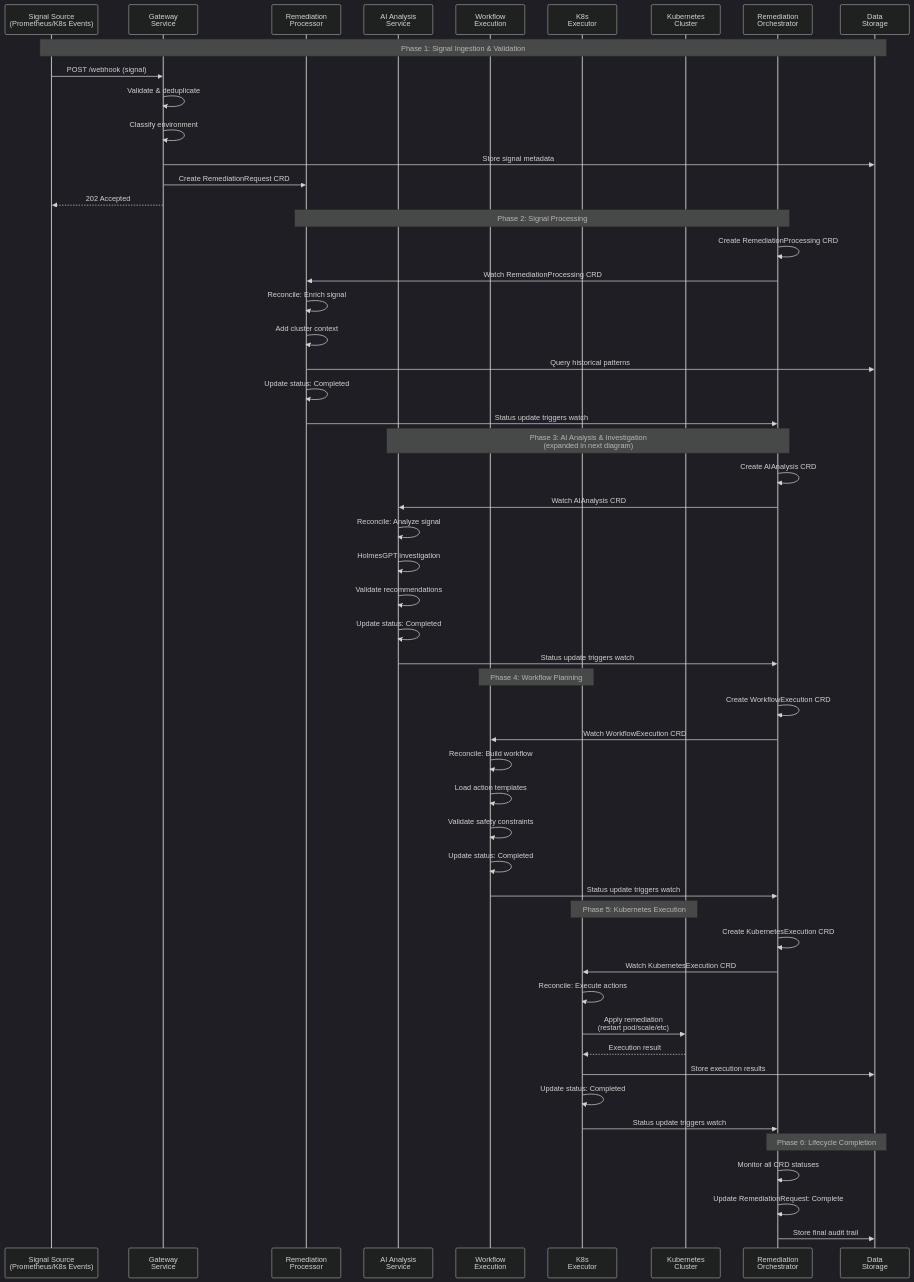
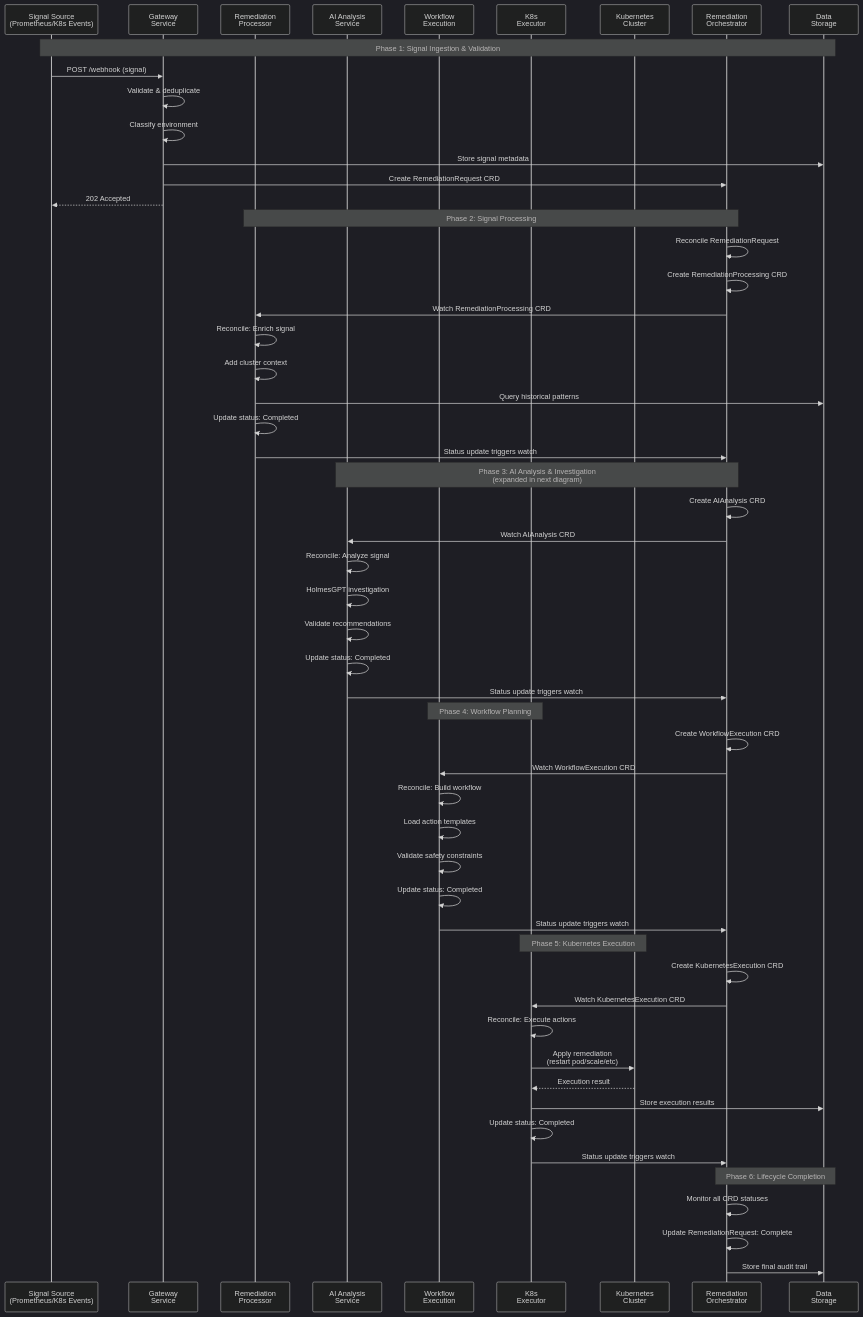
One commit to jordigilh/kubernaut changed the second of 3 diagrams in docs/architecture/APPROVED_MICROSERVICES_ARCHITECTURE.md. Above: the diagram before and after it, drawn with Mermaid (dark theme).

Commit message:
docs(architecture): Fix Gateway to Orchestrator flow in Phase 1
Corrected the signal ingestion flow to show Gateway creating RemediationRequest CRD and RemediationOrchestrator reconciling it.

BEFORE (INCORRECT):
- GW->>RP: Create RemediationRequest CRD
- ORCH->>ORCH: Create RemediationProcessing CRD

AFTER (CORRECT):
- GW->>ORCH: Create RemediationRequest CRD
- ORCH->>ORCH: Reconcile RemediationRequest
- ORCH->>ORCH: Create RemediationProcessing CRD

FLOW EXPLANATION:
1. Gateway Service creates RemediationRequest CRD
2. RemediationOrchestrator watches RemediationRequest CRDs
3. RemediationOrchestrator reconciles and creates RemediationProcessing CRD
4. RemediationProcessor controller watches RemediationProcessing CRD

This correctly shows the orchestrator as the central coordinator that creates all subsequent phase CRDs based on watching the RemediationRequest lifecycle.

Reference: docs/architecture/MULTI_CRD_RECONCILIATION_ARCHITECTURE.md lines 706-709, 867-889

````diff
--- a/docs/architecture/APPROVED_MICROSERVICES_ARCHITECTURE.md
+++ b/docs/architecture/APPROVED_MICROSERVICES_ARCHITECTURE.md
@@ -217,62 +217,63 @@
 ```mermaid
 sequenceDiagram
     participant SRC as Signal Source<br/>(Prometheus/K8s Events)
     participant GW as Gateway<br/>Service
     participant RP as Remediation<br/>Processor
     participant AI as AI Analysis<br/>Service
     participant WF as Workflow<br/>Execution
     participant EX as K8s<br/>Executor
     participant K8S as Kubernetes<br/>Cluster
     participant ORCH as Remediation<br/>Orchestrator
     participant ST as Data<br/>Storage
 
     Note over SRC,ST: Phase 1: Signal Ingestion & Validation
     SRC->>GW: POST /webhook (signal)
     GW->>GW: Validate & deduplicate
     GW->>GW: Classify environment
     GW->>ST: Store signal metadata
-    GW->>RP: Create RemediationRequest CRD
+    GW->>ORCH: Create RemediationRequest CRD
     GW-->>SRC: 202 Accepted
 
     Note over RP,ORCH: Phase 2: Signal Processing
+    ORCH->>ORCH: Reconcile RemediationRequest
     ORCH->>ORCH: Create RemediationProcessing CRD
     ORCH->>RP: Watch RemediationProcessing CRD
     RP->>RP: Reconcile: Enrich signal
     RP->>RP: Add cluster context
     RP->>ST: Query historical patterns
     RP->>RP: Update status: Completed
     RP->>ORCH: Status update triggers watch
 
     Note over AI,ORCH: Phase 3: AI Analysis & Investigation<br/>(expanded in next diagram)
     ORCH->>ORCH: Create AIAnalysis CRD
     ORCH->>AI: Watch AIAnalysis CRD
     AI->>AI: Reconcile: Analyze signal
     AI->>AI: HolmesGPT investigation
     AI->>AI: Validate recommendations
     AI->>AI: Update status: Completed
     AI->>ORCH: Status update triggers watch
 
     Note over WF,EX: Phase 4: Workflow Planning
     ORCH->>ORCH: Create WorkflowExecution CRD
     ORCH->>WF: Watch WorkflowExecution CRD
     WF->>WF: Reconcile: Build workflow
     WF->>WF: Load action templates
     WF->>WF: Validate safety constraints
     WF->>WF: Update status: Completed
     WF->>ORCH: Status update triggers watch
 
     Note over EX,K8S: Phase 5: Kubernetes Execution
     ORCH->>ORCH: Create KubernetesExecution CRD
     ORCH->>EX: Watch KubernetesExecution CRD
     EX->>EX: Reconcile: Execute actions
     EX->>K8S: Apply remediation<br/>(restart pod/scale/etc)
     K8S-->>EX: Execution result
     EX->>ST: Store execution results
     EX->>EX: Update status: Completed
     EX->>ORCH: Status update triggers watch
 
     Note over ORCH,ST: Phase 6: Lifecycle Completion
     ORCH->>ORCH: Monitor all CRD statuses
     ORCH->>ORCH: Update RemediationRequest: Complete
     ORCH->>ST: Store final audit trail
 ```
````
